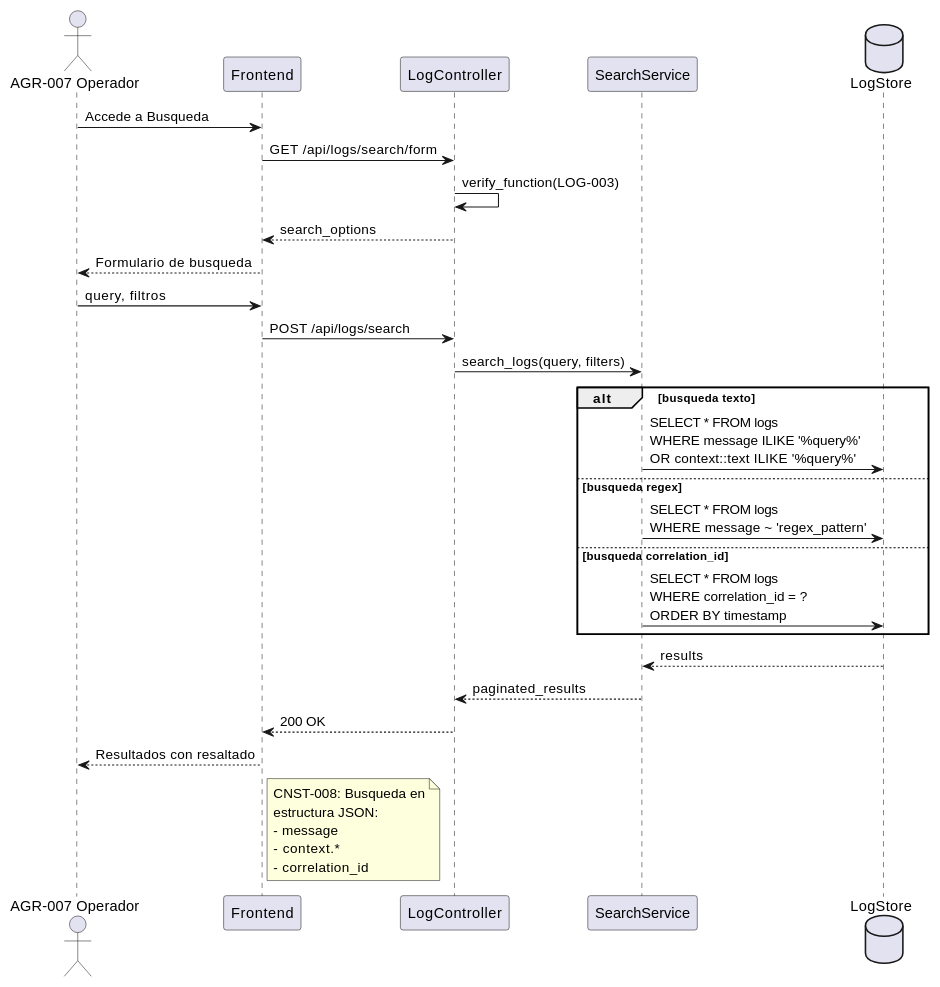
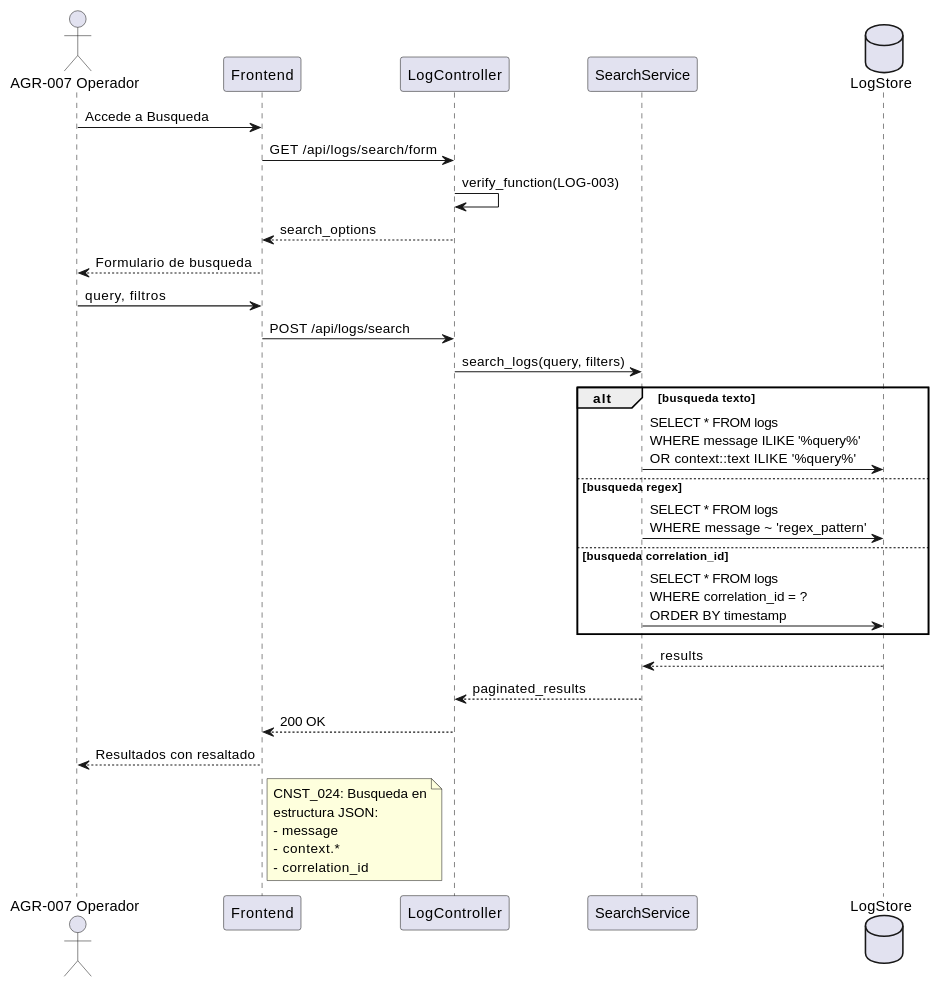
The second of 3 diagrams in source/requisitos/casos_uso/logs/UC_LOG_03_Buscar_Logs.rst (jcg-admin/IACT-docs), drawn with PlantUML before and after one commit. The commit also changed other lines of this file and 67 other files, not shown here.

```diff
--- a/source/requisitos/casos_uso/logs/UC_LOG_03_Buscar_Logs.rst
+++ b/source/requisitos/casos_uso/logs/UC_LOG_03_Buscar_Logs.rst
@@ -153,41 +153,41 @@
 .. uml::
    :caption: Diagrama de Secuencia - UC_LOG_03
 
    @startuml
    actor "AGR-007 Operador" as O
    participant "Frontend" as FE
    participant "LogController" as LC
    participant "SearchService" as SS
    database "LogStore" as DB
 
    O -> FE: Accede a Busqueda
    FE -> LC: GET /api/logs/search/form
    LC -> LC: verify_function(LOG-003)
    LC --> FE: search_options
    FE --> O: Formulario de busqueda
 
    O -> FE: query, filtros
    FE -> LC: POST /api/logs/search
    LC -> SS: search_logs(query, filters)
 
    alt busqueda texto
      SS -> DB: SELECT * FROM logs\nWHERE message ILIKE '%query%'\nOR context::text ILIKE '%query%'
    else busqueda regex
      SS -> DB: SELECT * FROM logs\nWHERE message ~ 'regex_pattern'
    else busqueda correlation_id
      SS -> DB: SELECT * FROM logs\nWHERE correlation_id = ?\nORDER BY timestamp
    end
 
    DB --> SS: results
    SS --> LC: paginated_results
    LC --> FE: 200 OK
    FE --> O: Resultados con resaltado
 
    note right of FE
-     CNST-008: Busqueda en
+     CNST_024: Busqueda en
      estructura JSON:
      - message
      - context.*
      - correlation_id
    end note
    @enduml
```
